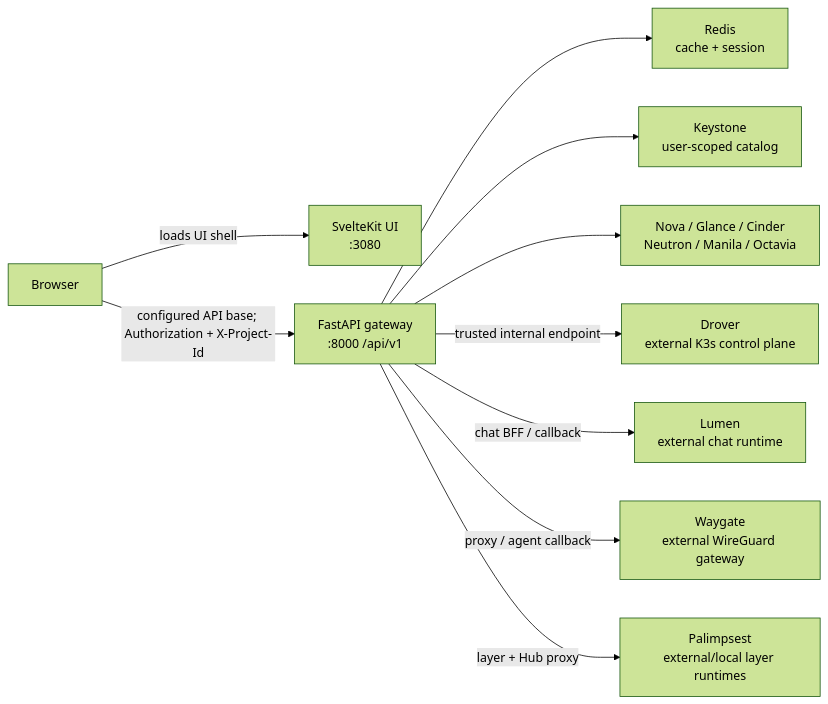
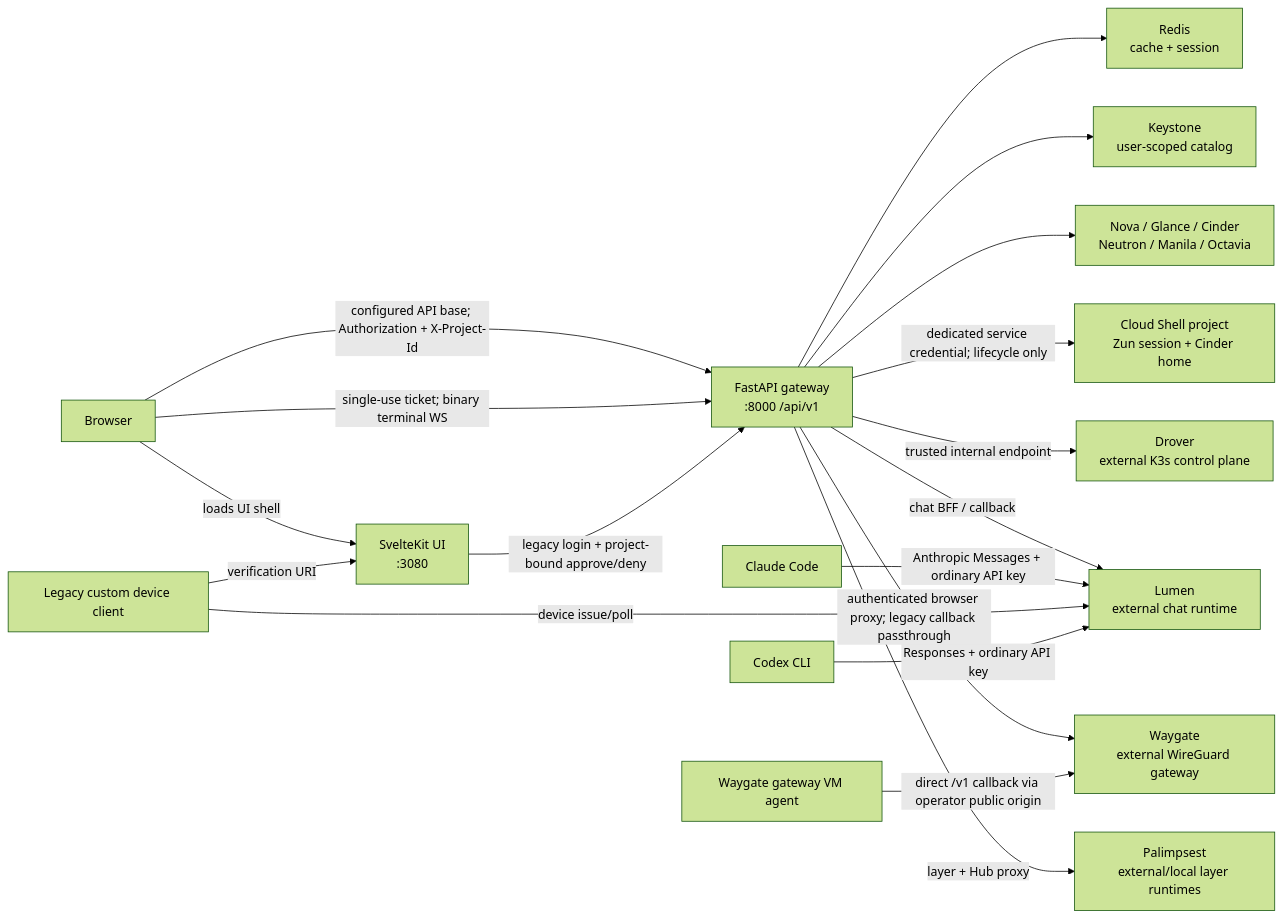
One commit to openstack-afterglow/openstack-afterglow changed the diagram in ARCHITECTURE.md. Above: the diagram before and after it, drawn with Mermaid (forest theme). The commit also changed other lines of this file and 185 other files, not shown here.

````diff
--- a/ARCHITECTURE.md
+++ b/ARCHITECTURE.md
@@ -35,12 +36,20 @@
 ```mermaid
 graph LR
     Browser["Browser"] -->|"loads UI shell"| Frontend["SvelteKit UI\n:3080"]
     Browser -->|"configured API base; Authorization + X-Project-Id"| BFF["FastAPI gateway\n:8000 /api/v1"]
     BFF --> Redis["Redis\ncache + session"]
     BFF --> Keystone["Keystone\nuser-scoped catalog"]
     BFF --> OpenStack["Nova / Glance / Cinder\nNeutron / Manila / Octavia"]
+    BFF -->|"dedicated service credential; lifecycle only"| CloudShell["Cloud Shell project\nZun session + Cinder home"]
+    Browser -->|"single-use ticket; binary terminal WS"| BFF
     BFF -->|"trusted internal endpoint"| Drover["Drover\nexternal K3s control plane"]
     BFF -->|"chat BFF / callback"| Lumen["Lumen\nexternal chat runtime"]
-    BFF -->|"proxy / agent callback"| Waygate["Waygate\nexternal WireGuard gateway"]
+    ClaudeCode["Claude Code"] -->|"Anthropic Messages + ordinary API key"| Lumen
+    LegacyDevice["Legacy custom device client"] -->|"device issue/poll"| Lumen
+    LegacyDevice -->|"verification URI"| Frontend
+    Codex["Codex CLI"] -->|"Responses + ordinary API key"| Lumen
+    Frontend -->|"legacy login + project-bound approve/deny"| BFF
+    BFF -->|"authenticated browser proxy; legacy callback passthrough"| Waygate["Waygate\nexternal WireGuard gateway"]
+    GatewayVM["Waygate gateway VM agent"] -->|"direct /v1 callback via operator public origin"| Waygate
     BFF -->|"layer + Hub proxy"| Palimpsest["Palimpsest\nexternal/local layer runtimes"]
 ```
````
